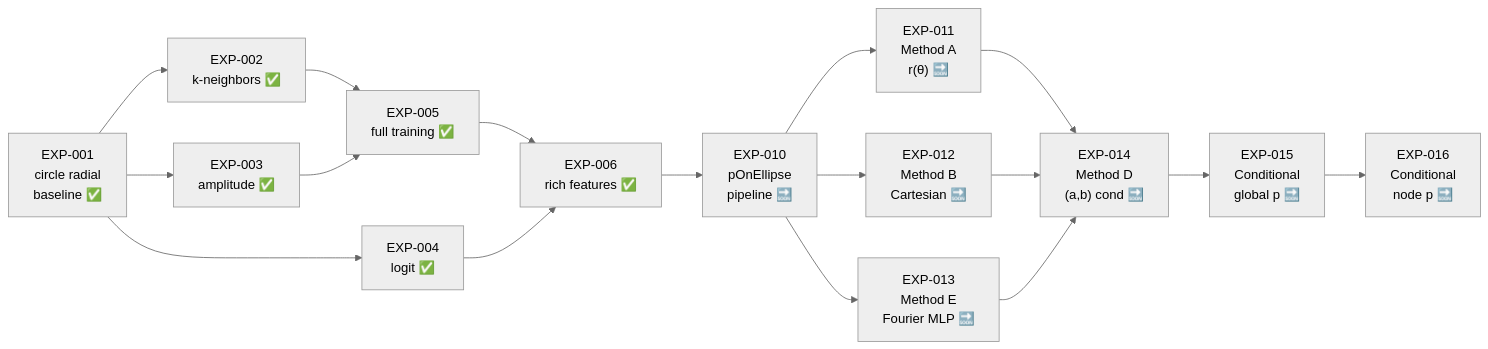
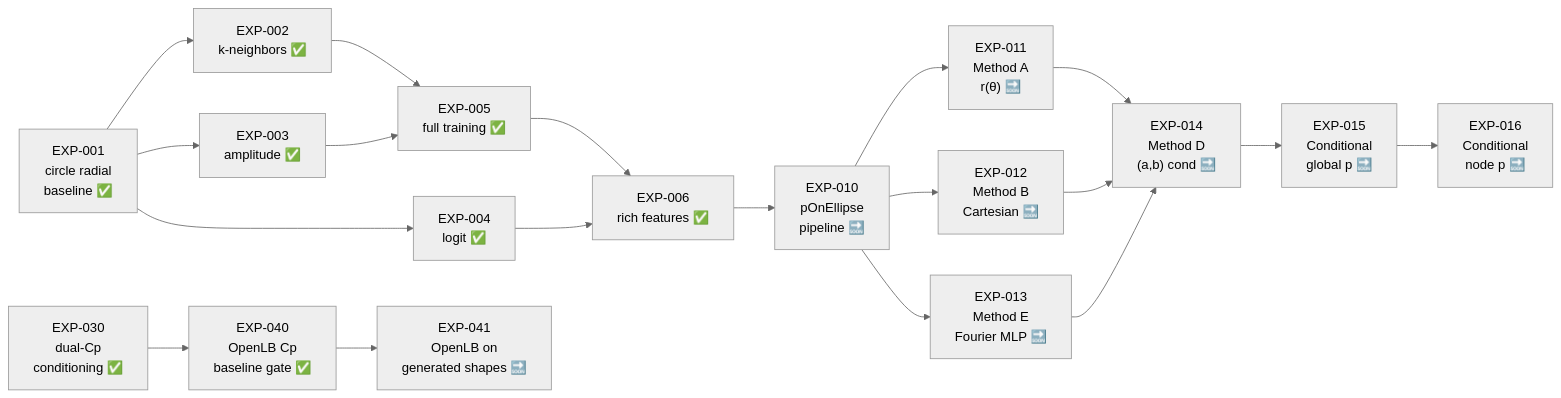
One commit to archied2804/graphdiffusion changed the diagram in docs/experiments/EXPERIMENT_PLAN.md. Above: the diagram before and after it, drawn with Mermaid (neutral theme). The commit also changed other lines of this file and 5 other files, not shown here.

First line of the commit message:
docs(experiments): add EXP-040 OpenLB Cp validation baseline

````diff
--- a/docs/experiments/EXPERIMENT_PLAN.md
+++ b/docs/experiments/EXPERIMENT_PLAN.md
@@ -13,21 +13,24 @@
 ```mermaid
 graph LR
     EXP001["EXP-001<br/>circle radial<br/>baseline ✅"] --> EXP002
     EXP001 --> EXP003
     EXP001 --> EXP004
     EXP002["EXP-002<br/>k-neighbors ✅"] --> EXP005
     EXP003["EXP-003<br/>amplitude ✅"] --> EXP005
     EXP004["EXP-004<br/>logit ✅"]
     EXP005["EXP-005<br/>full training ✅"] --> EXP006
     EXP004 --> EXP006
     EXP006["EXP-006<br/>rich features ✅"] --> EXP010
     EXP010["EXP-010<br/>pOnEllipse<br/>pipeline 🔜"] --> EXP011
     EXP010 --> EXP012
     EXP010 --> EXP013
     EXP011["EXP-011<br/>Method A<br/>r(θ) 🔜"] --> EXP014
     EXP012["EXP-012<br/>Method B<br/>Cartesian 🔜"] --> EXP014
     EXP013["EXP-013<br/>Method E<br/>Fourier MLP 🔜"] --> EXP014
     EXP014["EXP-014<br/>Method D<br/>(a,b) cond 🔜"] --> EXP015
     EXP015["EXP-015<br/>Conditional<br/>global p 🔜"] --> EXP016
     EXP016["EXP-016<br/>Conditional<br/>node p 🔜"]
+    EXP030["EXP-030<br/>dual-Cp<br/>conditioning ✅"] --> EXP040
+    EXP040["EXP-040<br/>OpenLB Cp<br/>baseline gate ✅"] --> EXP041
+    EXP041["EXP-041<br/>OpenLB on<br/>generated shapes 🔜"]
 ```
````
